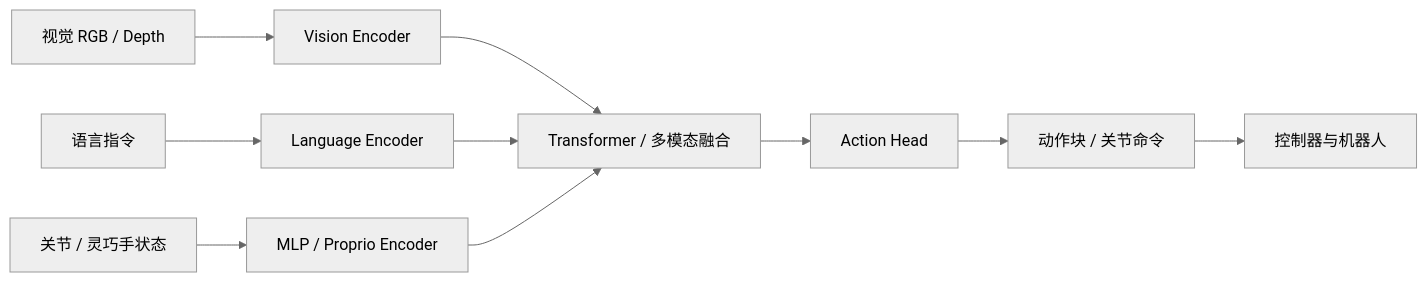
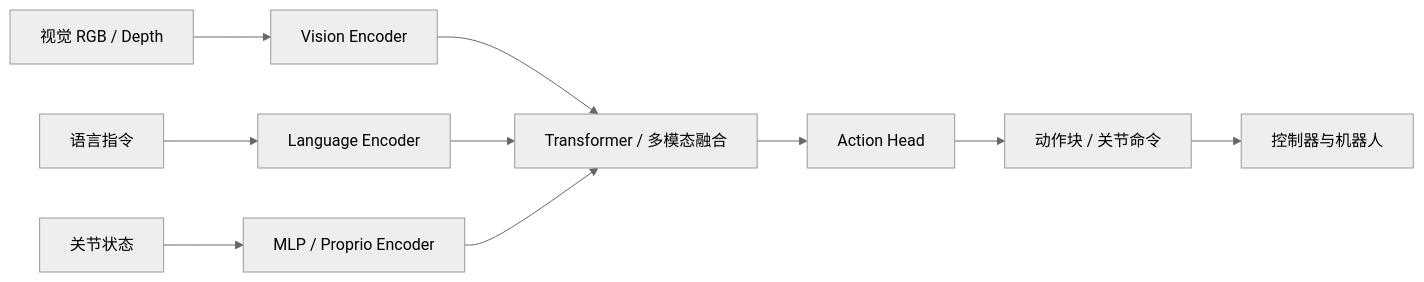
The third of 3 diagrams in md/Deep_Learning_Foundations_ZH.md (zengxiong111/Foundation_of_Embodied_AI), drawn with Mermaid (neutral theme) before and after one commit. The commit also changed other lines of this file and 60 other files, not shown here.

````diff
--- a/md/Deep_Learning_Foundations_ZH.md
+++ b/md/Deep_Learning_Foundations_ZH.md
@@ -353,12 +353,12 @@
 ```mermaid
 flowchart LR
     I[视觉 RGB / Depth] --> V[Vision Encoder]
     T[语言指令] --> L[Language Encoder]
-    Q[关节 / 灵巧手状态] --> P[MLP / Proprio Encoder]
+    Q[关节状态] --> P[MLP / Proprio Encoder]
     V --> F[Transformer / 多模态融合]
     L --> F
     P --> F
     F --> H[Action Head]
     H --> A[动作块 / 关节命令]
     A --> C[控制器与机器人]
 ```
````
